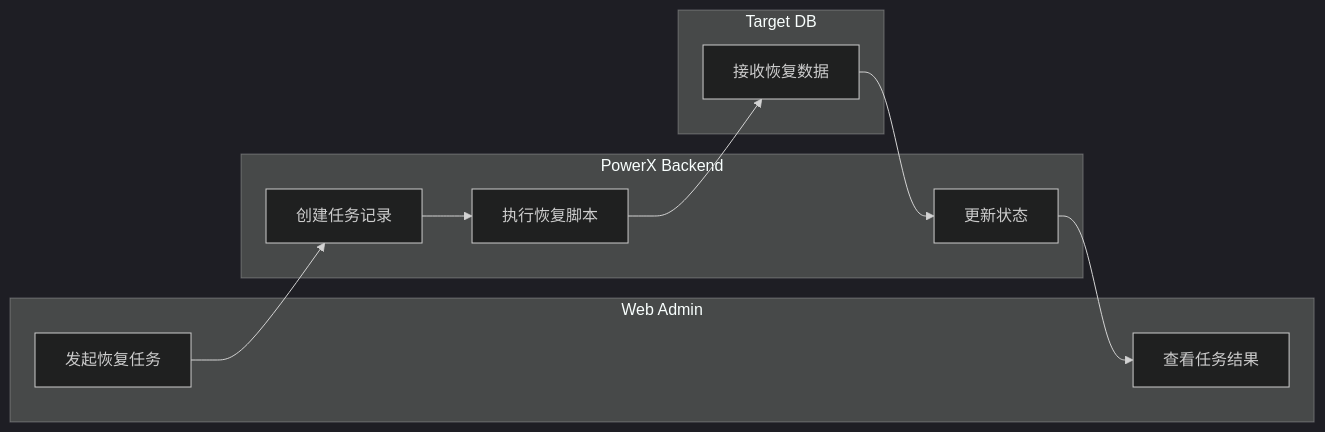
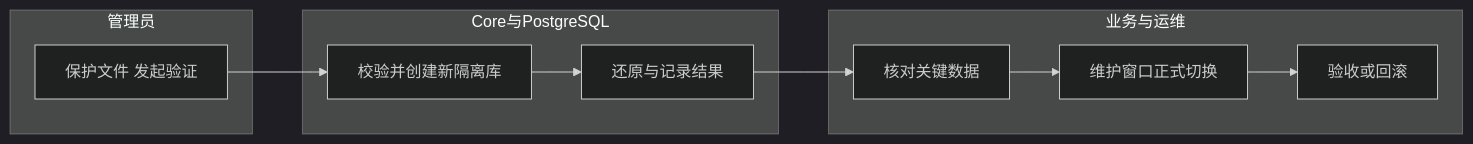
Before and after one commit to ArtisanCloud/PowerX: the third of 3 diagrams in docs/guides/deploy/027-monitor-center/usecase-us3-restore-drill.md, drawn with Mermaid (dark theme). The commit also changed other lines of this file and 117 other files, not shown here.

````diff
--- a/docs/guides/deploy/027-monitor-center/usecase-us3-restore-drill.md
+++ b/docs/guides/deploy/027-monitor-center/usecase-us3-restore-drill.md
@@ -45,16 +42,16 @@
 ```mermaid
 flowchart LR
-  subgraph L1[Web Admin]
-    U1[发起恢复任务]
-    U2[查看任务结果]
-  end
-  subgraph L2[PowerX Backend]
-    B1[创建任务记录]
-    B2[执行恢复脚本]
-    B3[更新状态]
-  end
-  subgraph L3[Target DB]
-    X1[接收恢复数据]
-  end
-  U1 --> B1 --> B2 --> X1 --> B3 --> U2
+ subgraph 管理员
+  A[保护文件 发起验证]
+ end
+ subgraph Core与PostgreSQL
+  B[校验并创建新隔离库]
+  C[还原与记录结果]
+ end
+ subgraph 业务与运维
+  D[核对关键数据]
+  E[维护窗口正式切换]
+  F[验收或回滚]
+ end
+ A --> B --> C --> D --> E --> F
 ```
````
